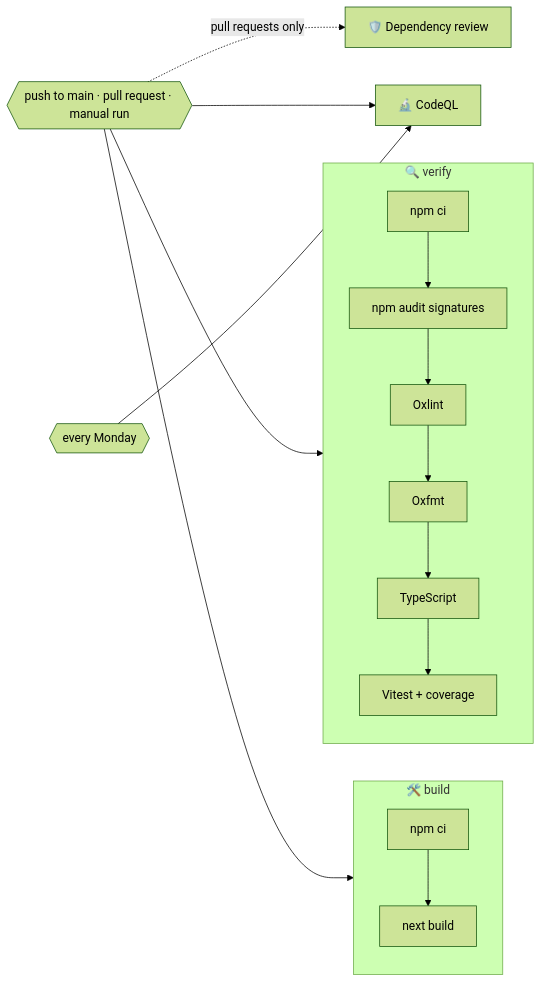
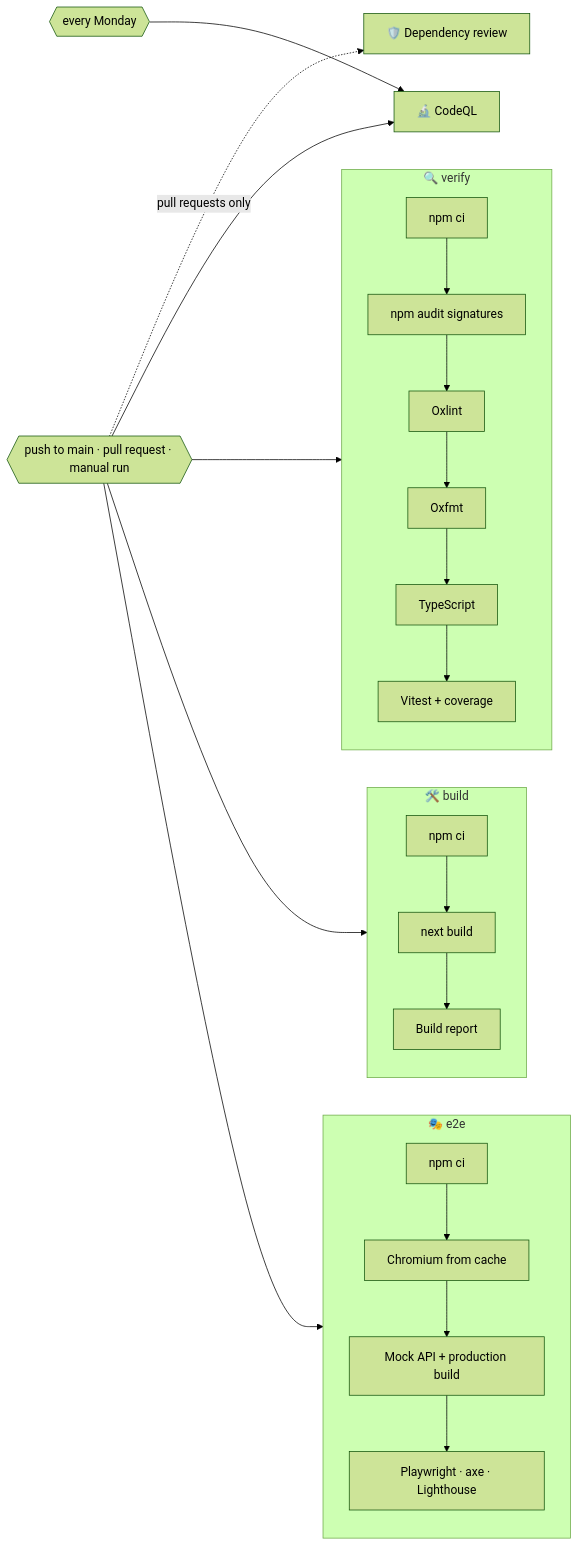
The diagram in docs/deployment.md (sacrificed666/next-weather-app), drawn with Mermaid (forest theme) before and after one commit. The commit also changed other lines of this file and 14 other files, not shown here.

````diff
--- a/docs/deployment.md
+++ b/docs/deployment.md
@@ -9,18 +9,24 @@
 ```mermaid
 flowchart LR
   Trigger{{"push to main · pull request · manual run"}} --> Verify
   Trigger --> Build
+  Trigger --> E2E
   Trigger -. pull requests only .-> Review[🛡️ Dependency review]
   Trigger --> CodeQL[🔬 CodeQL]
   Weekly{{"every Monday"}} --> CodeQL
 
   subgraph Verify[🔍 verify]
     direction TB
     V1[npm ci] --> V2[npm audit signatures] --> V3[Oxlint] --> V4[Oxfmt] --> V5[TypeScript] --> V6[Vitest + coverage]
   end
 
   subgraph Build[🛠️ build]
     direction TB
-    B1[npm ci] --> B2[next build]
+    B1[npm ci] --> B2[next build] --> B3[Build report]
+  end
+
+  subgraph E2E[🎭 e2e]
+    direction TB
+    E1[npm ci] --> E2[Chromium from cache] --> E3[Mock API + production build] --> E4[Playwright · axe · Lighthouse]
   end
 ```
````
